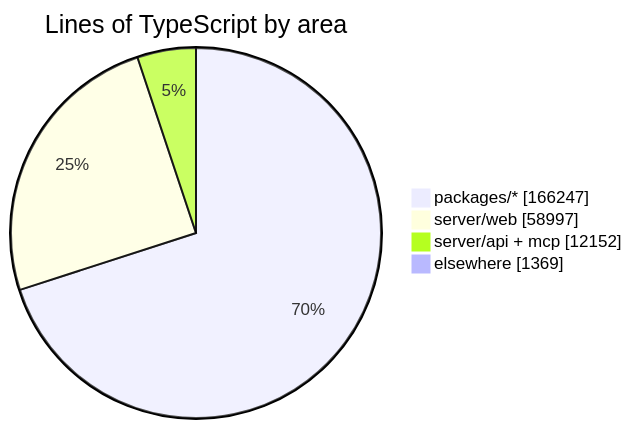
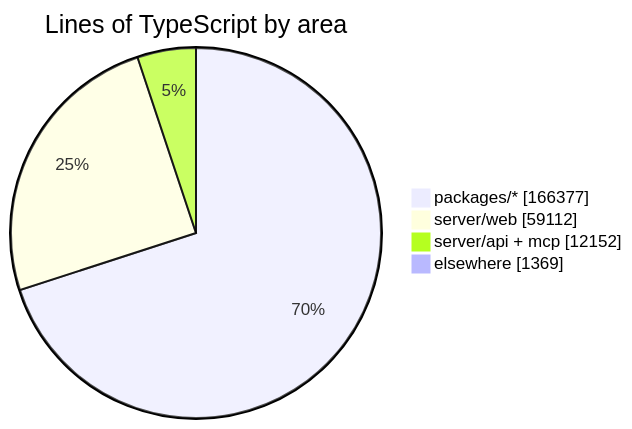
Before and after one commit to crossworks-engineering/mantle: the diagram in README.md, drawn with Mermaid. The commit also changed other lines of this file and 2 other files, not shown here.

````diff
--- a/README.md
+++ b/README.md
@@ -279,7 +279,7 @@
 ```mermaid
 pie showData title Lines of TypeScript by area
-    "packages/*" : 166247
-    "server/web" : 58997
+    "packages/*" : 166377
+    "server/web" : 59112
     "server/api + mcp" : 12152
     "elsewhere" : 1369
 ```
````
